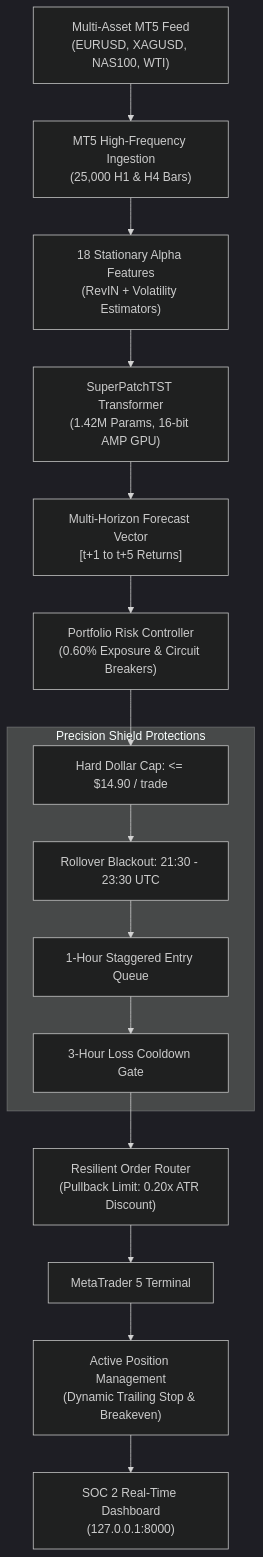
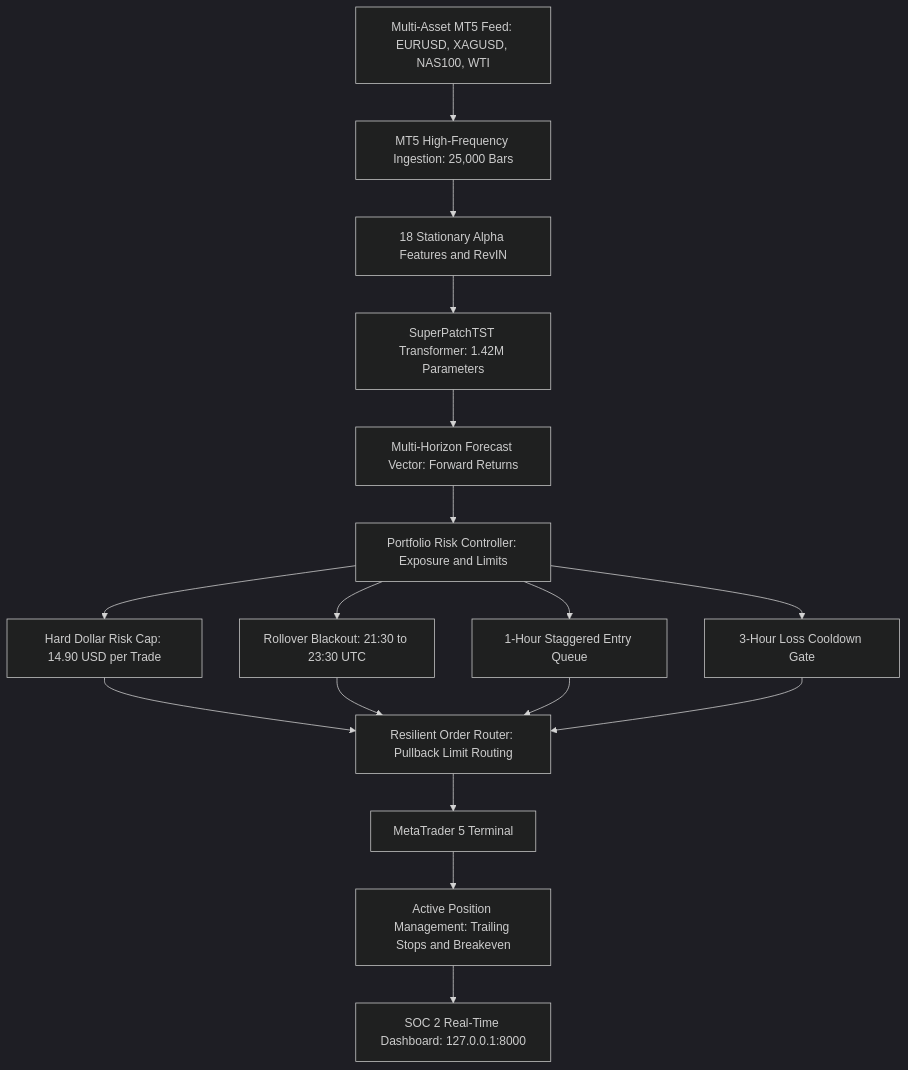
The second of 3 diagrams in docs/WHITE_PAPER.md (ElMoorish/AetherQuant-MT5), drawn with Mermaid (dark theme) before and after one commit. The commit also changed other lines of this file and 1 other file, not shown here.

Commit message:
docs: Convert all diagrams to universal Mermaid graph TD/LR standard

````diff
--- a/docs/WHITE_PAPER.md
+++ b/docs/WHITE_PAPER.md
@@ -64,20 +62,19 @@
 ```mermaid
-flowchart TD
-    Market["Multi-Asset MT5 Feed<br/>(EURUSD, XAGUSD, NAS100, WTI)"] --> Ingestion["MT5 High-Frequency Ingestion<br/>(25,000 H1 & H4 Bars)"]
-    Ingestion --> FeatureEngine["18 Stationary Alpha Features<br/>(RevIN + Volatility Estimators)"]
-    FeatureEngine --> SuperPatchTST["SuperPatchTST Transformer<br/>(1.42M Params, 16-bit AMP GPU)"]
-    SuperPatchTST --> Signals["Multi-Horizon Forecast Vector<br/>[t+1 to t+5 Returns]"]
-    Signals --> RiskController["Portfolio Risk Controller<br/>(0.60% Exposure & Circuit Breakers)"]
-    
-    subgraph PrecisionShield ["Precision Shield Protections"]
-        HardCap["Hard Dollar Cap: <= $14.90 / trade"] --> Rollover["Rollover Blackout: 21:30 - 23:30 UTC"]
-        Rollover --> Stagger["1-Hour Staggered Entry Queue"]
-        Stagger --> Cooldown["3-Hour Loss Cooldown Gate"]
-    end
-    
-    RiskController --> HardCap
-    Cooldown --> OrderRouter["Resilient Order Router<br/>(Pullback Limit: 0.20x ATR Discount)"]
-    OrderRouter --> MT5Terminal["MetaTrader 5 Terminal"]
-    MT5Terminal --> LivePositions["Active Position Management<br/>(Dynamic Trailing Stop & Breakeven)"]
-    LivePositions --> Dashboard["SOC 2 Real-Time Dashboard<br/>(127.0.0.1:8000)"]
+graph TD
+    A[Multi-Asset MT5 Feed: EURUSD, XAGUSD, NAS100, WTI] --> B[MT5 High-Frequency Ingestion: 25,000 Bars]
+    B --> C[18 Stationary Alpha Features and RevIN]
+    C --> D[SuperPatchTST Transformer: 1.42M Parameters]
+    D --> E[Multi-Horizon Forecast Vector: Forward Returns]
+    E --> F[Portfolio Risk Controller: Exposure and Limits]
+    F --> G[Hard Dollar Risk Cap: 14.90 USD per Trade]
+    F --> H[Rollover Blackout: 21:30 to 23:30 UTC]
+    F --> I[1-Hour Staggered Entry Queue]
+    F --> J[3-Hour Loss Cooldown Gate]
+    G --> K[Resilient Order Router: Pullback Limit Routing]
+    H --> K
+    I --> K
+    J --> K
+    K --> L[MetaTrader 5 Terminal]
+    L --> M[Active Position Management: Trailing Stops and Breakeven]
+    M --> N[SOC 2 Real-Time Dashboard: 127.0.0.1:8000]
 ```
````
